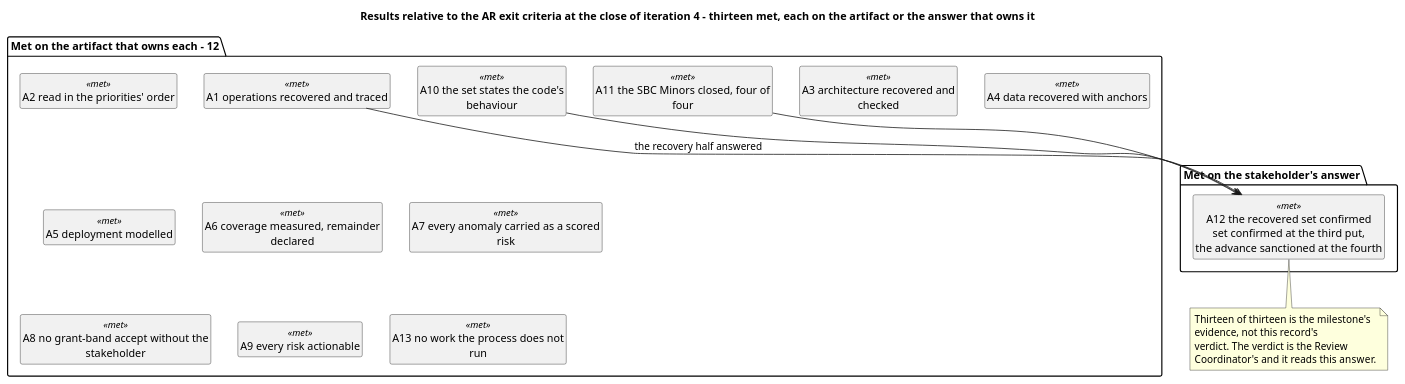
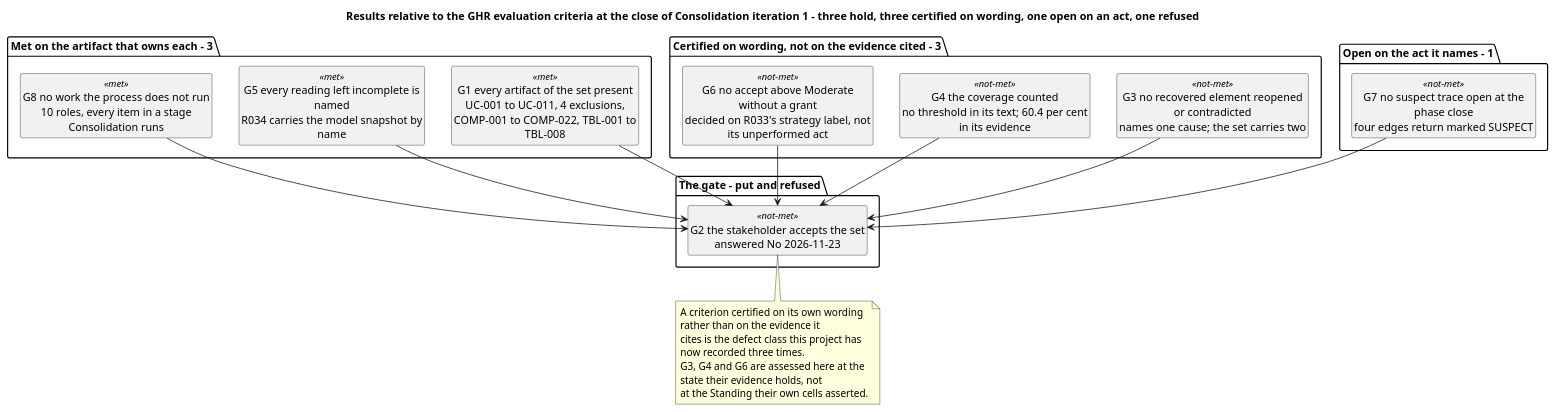
Before and after one commit to banense-test/TodoApp: the fourth of 7 diagrams in docs/artifacts/project-management/iteration-assessment.md, drawn with PlantUML. The commit also changed other lines of this file, not shown here.

First line of the commit message:
Project Manager [Consolidation1]: upsert Iteration Assessment

````diff
--- a/docs/artifacts/project-management/iteration-assessment.md
+++ b/docs/artifacts/project-management/iteration-assessment.md
@@ -188,36 +243,43 @@
 ```plantuml
 @startuml
-title Results relative to the AR exit criteria at the close of iteration 4 - thirteen met, each on the artifact or the answer that owns it
+title Results relative to the GHR evaluation criteria at the close of Consolidation iteration 1 - three hold, three certified on wording, one open on an act, one refused
 skinparam shadowing false
-skinparam wrapWidth 245
+skinparam wrapWidth 248
 hide circle
 hide empty members
 
-package "Met on the artifact that owns each - 12" {
-  class "A1 operations recovered and traced" as A1 <<met>>
-  class "A2 read in the priorities' order" as A2 <<met>>
-  class "A3 architecture recovered and checked" as A3 <<met>>
-  class "A4 data recovered with anchors" as A4 <<met>>
-  class "A5 deployment modelled" as A5 <<met>>
-  class "A6 coverage measured, remainder declared" as A6 <<met>>
-  class "A7 every anomaly carried as a scored risk" as A7 <<met>>
-  class "A8 no grant-band accept without the stakeholder" as A8 <<met>>
-  class "A9 every risk actionable" as A9 <<met>>
-  class "A10 the set states the code's behaviour" as A10 <<met>>
-  class "A11 the SBC Minors closed, four of four" as A11 <<met>>
-  class "A13 no work the process does not run" as A13 <<met>>
+package "Met on the artifact that owns each - 3" {
+  class "G1 every artifact of the set present\nUC-001 to UC-011, 4 exclusions,\nCOMP-001 to COMP-022, TBL-001 to TBL-008" as G1 <<met>>
+  class "G5 every reading left incomplete is named\nR034 carries the model snapshot by name" as G5 <<met>>
+  class "G8 no work the process does not run\n10 roles, every item in a stage Consolidation runs" as G8 <<met>>
 }
 
-package "Met on the stakeholder's answer" {
-  class "A12 the recovered set confirmed\nset confirmed at the third put,\nthe advance sanctioned at the fourth" as A12 <<met>>
+package "Certified on wording, not on the evidence cited - 3" {
+  class "G3 no recovered element reopened or contradicted\nnames one cause; the set carries two" as G3 <<not-met>>
+  class "G4 the coverage counted\nno threshold in its text; 60.4 per cent in its evidence" as G4 <<not-met>>
+  class "G6 no accept above Moderate without a grant\ndecided on R033's strategy label, not its unperformed act" as G6 <<not-met>>
 }
 
-A1 --> A12 : the recovery half answered
-A10 --> A12
-A11 --> A12
-note bottom of A12
-  Thirteen of thirteen is the milestone's evidence, not this record's
-  verdict. The verdict is the Review Coordinator's and it reads this answer.
+package "Open on the act it names - 1" {
+  class "G7 no suspect trace open at the phase close\nfour edges return marked SUSPECT" as G7 <<not-met>>
+}
+
+package "The gate - put and refused" {
+  class "G2 the stakeholder accepts the set\nanswered No 2026-11-23" as G2 <<not-met>>
+}
+
+G1 --> G2
+G3 --> G2
+G4 --> G2
+G5 --> G2
+G6 --> G2
+G7 --> G2
+G8 --> G2
+note bottom of G2
+  A criterion certified on its own wording rather than on the evidence it
+  cites is the defect class this project has now recorded three times.
+  G3, G4 and G6 are assessed here at the state their evidence holds, not
+  at the Standing their own cells asserted.
 end note
 @enduml
 ```
````
